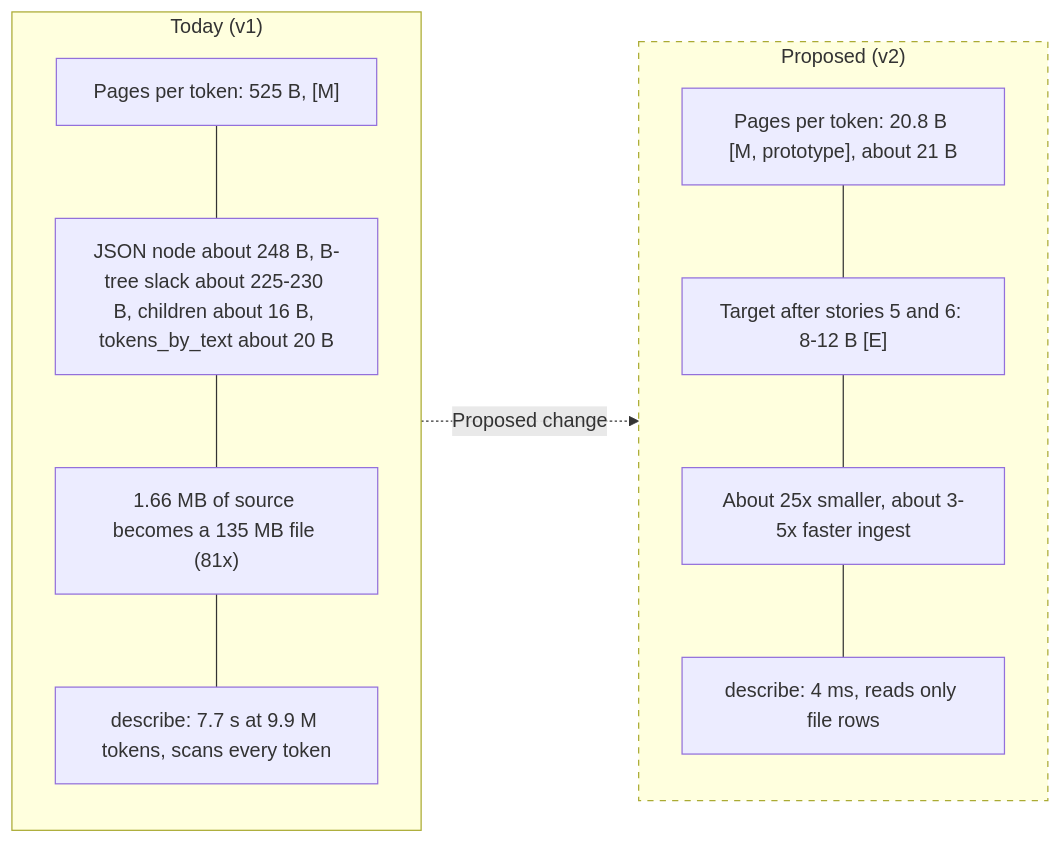
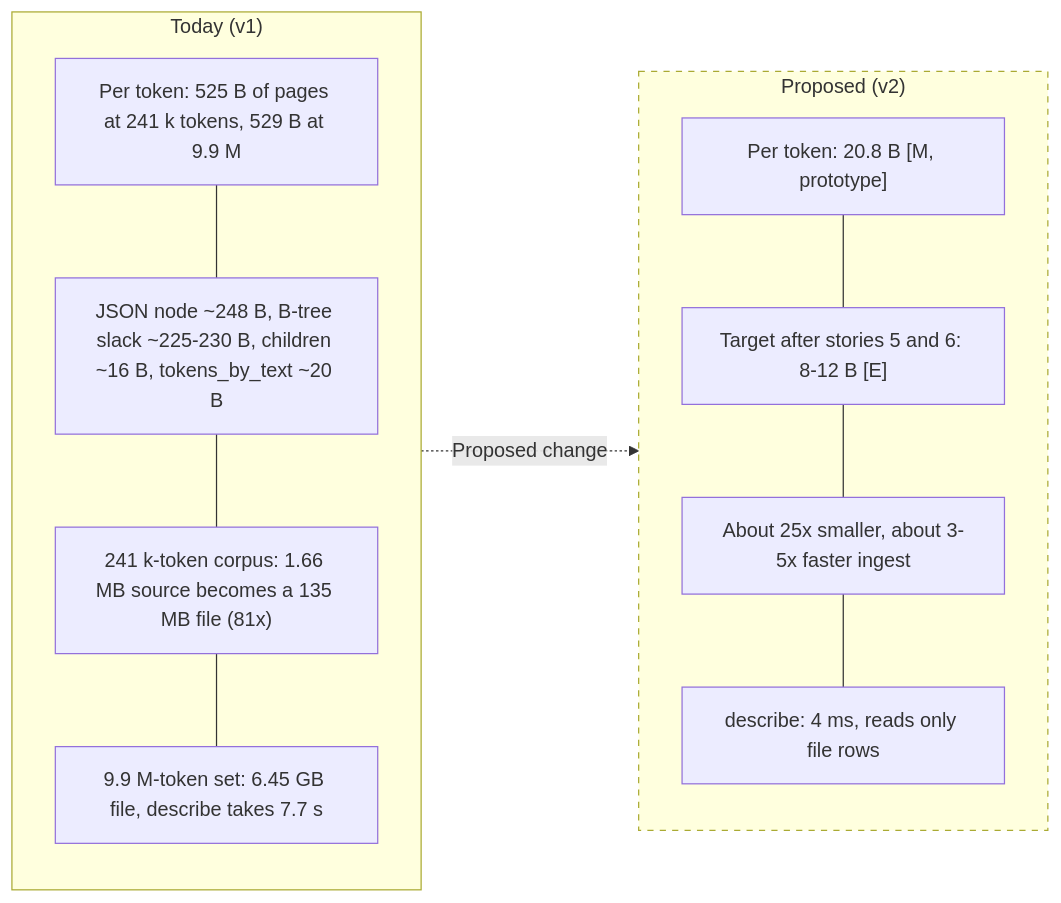
The fourth of 19 diagrams in docs/architecture-diagrams.md (P47Phoenix/memory-graph), drawn with Mermaid before and after one commit. The commit also changed other lines of this file and 2 other files, not shown here.

First line of the commit message:
Fix architecture diagram review findings (PR #13)

````diff
--- a/docs/architecture-diagrams.md
+++ b/docs/architecture-diagrams.md
@@ -211,21 +126,21 @@
 ```mermaid
 flowchart LR
     subgraph NOW["Today (v1)"]
         direction TB
-        N1["Pages per token: 525 B, [M]"]
-        N2["JSON node about 248 B, B-tree slack about 225-230 B, children about 16 B, tokens_by_text about 20 B"]
-        N3["1.66 MB of source becomes a 135 MB file (81x)"]
-        N4["describe: 7.7 s at 9.9 M tokens, scans every token"]
+        N1["Per token: 525 B of pages at 241 k tokens, 529 B at 9.9 M"]
+        N2["JSON node ~248 B, B-tree slack ~225-230 B, children ~16 B, tokens_by_text ~20 B"]
+        N3["241 k-token corpus: 1.66 MB source becomes a 135 MB file (81x)"]
+        N4["9.9 M-token set: 6.45 GB file, describe takes 7.7 s"]
         N1 --- N2 --- N3 --- N4
     end
     subgraph PROP["Proposed (v2)"]
         direction TB
-        P1["Pages per token: 20.8 B [M, prototype], about 21 B"]
+        P1["Per token: 20.8 B [M, prototype]"]
         P2["Target after stories 5 and 6: 8-12 B [E]"]
         P3["About 25x smaller, about 3-5x faster ingest"]
         P4["describe: 4 ms, reads only file rows"]
         P1 --- P2 --- P3 --- P4
     end
     NOW -.->|"Proposed change"| PROP
     style PROP stroke-dasharray: 5 5
 ```
````
